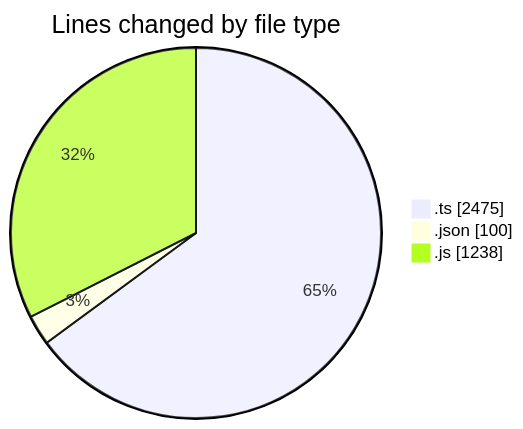
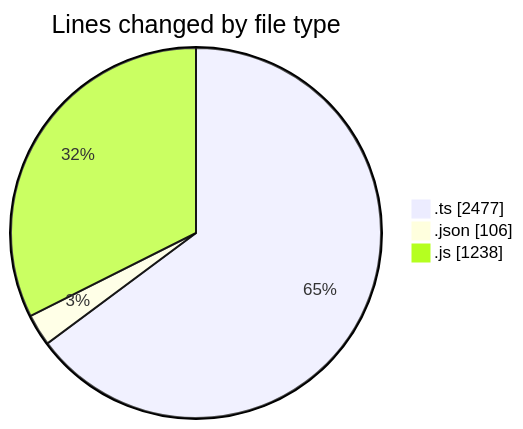
The first of 2 diagrams in 2025-07-30/cda/README.md (momahboobian/code-tracking), drawn with Mermaid before and after one commit. The commit also changed other lines of this file and 1 other file, not shown here.

````diff
--- a/2025-07-30/cda/README.md
+++ b/2025-07-30/cda/README.md
@@ -26,7 +26,7 @@
 ```mermaid
 pie showData
 title Lines changed by file type
-".ts" : 2475
-".json" : 100
+".ts" : 2477
+".json" : 106
 ".js" : 1238
 ```
````
